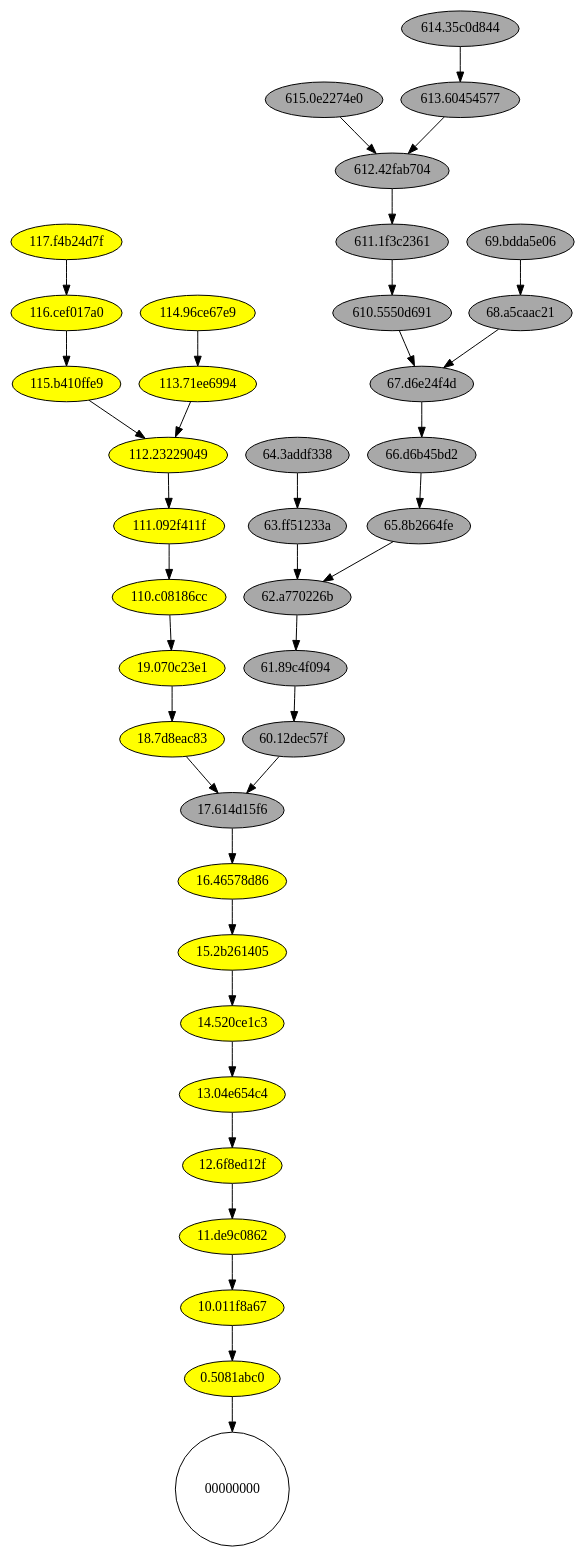
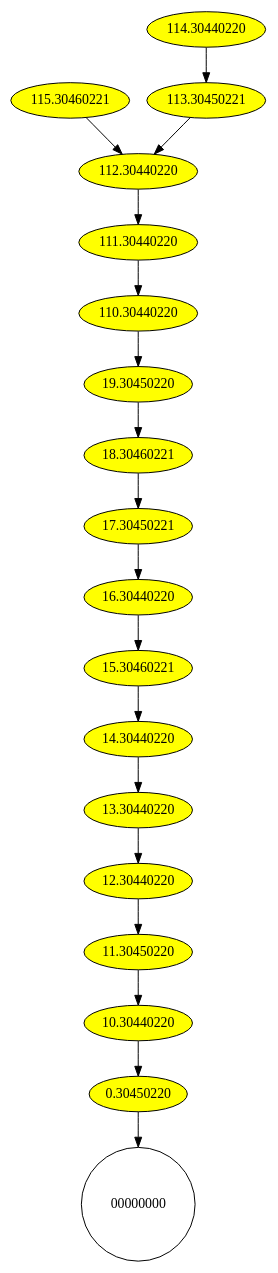
The diagram in validator/DAG.gv (sparsov/Dgt.network), drawn with Graphviz before and after one commit. The commit also changed 553 other files, not shown here.

```diff
--- a/validator/DAG.gv
+++ b/validator/DAG.gv
@@ -1,46 +1,22 @@
 digraph DAG {
 {
- node [style="filled", fillcolor="grey66", fontcolor="black", margin="0.01"]"615.0e2274e0" -> "612.42fab704";
-"614.35c0d844" -> "613.60454577";
-"613.60454577" -> "612.42fab704";
-"612.42fab704" -> "611.1f3c2361";
-"611.1f3c2361" -> "610.5550d691";
-"610.5550d691" -> "67.d6e24f4d";
+ node [style="filled", fillcolor="yellow", fontcolor="black", margin="0.01"]"115.30460221" -> "112.30440220";
+"114.30440220" -> "113.30450221";
+"113.30450221" -> "112.30440220";
+"112.30440220" -> "111.30440220";
+"111.30440220" -> "110.30440220";
+"110.30440220" -> "19.30450220";
+"19.30450220" -> "18.30460221";
+"18.30460221" -> "17.30450221";
+"17.30450221" -> "16.30440220";
+"16.30440220" -> "15.30460221";
+"15.30460221" -> "14.30440220";
+"14.30440220" -> "13.30440220";
+"13.30440220" -> "12.30440220";
+"12.30440220" -> "11.30450220";
+"11.30450220" -> "10.30440220";
+"10.30440220" -> "0.30450220";
 }
-{
- node [style="filled", fillcolor="yellow", fontcolor="black", margin="0.01"]"117.f4b24d7f" -> "116.cef017a0";
-"116.cef017a0" -> "115.b410ffe9";
-"115.b410ffe9" -> "112.23229049";
-"114.96ce67e9" -> "113.71ee6994";
-"113.71ee6994" -> "112.23229049";
-"112.23229049" -> "111.092f411f";
-"111.092f411f" -> "110.c08186cc";
-"110.c08186cc" -> "19.070c23e1";
-}
-{
- node [style="filled", fillcolor="grey66", fontcolor="black", margin="0.01"]"69.bdda5e06" -> "68.a5caac21";
-"68.a5caac21" -> "67.d6e24f4d";
-"67.d6e24f4d" -> "66.d6b45bd2";
-"66.d6b45bd2" -> "65.8b2664fe";
-"65.8b2664fe" -> "62.a770226b";
-"64.3addf338" -> "63.ff51233a";
-"63.ff51233a" -> "62.a770226b";
-"62.a770226b" -> "61.89c4f094";
-"61.89c4f094" -> "60.12dec57f";
-"60.12dec57f" -> "17.614d15f6";
-}
-{
- node [style="filled", fillcolor="yellow", fontcolor="black", margin="0.01"]"19.070c23e1" -> "18.7d8eac83";
-"18.7d8eac83" -> "17.614d15f6";
-"17.614d15f6" -> "16.46578d86";
-"16.46578d86" -> "15.2b261405";
-"15.2b261405" -> "14.520ce1c3";
-"14.520ce1c3" -> "13.04e654c4";
-"13.04e654c4" -> "12.6f8ed12f";
-"12.6f8ed12f" -> "11.de9c0862";
-"11.de9c0862" -> "10.011f8a67";
-"10.011f8a67" -> "0.5081abc0";
-}
-"0.5081abc0" -> "00000000";
+"0.30450220" -> "00000000";
 "00000000" [fillcolor="red",shape="circle"];
 }
```
